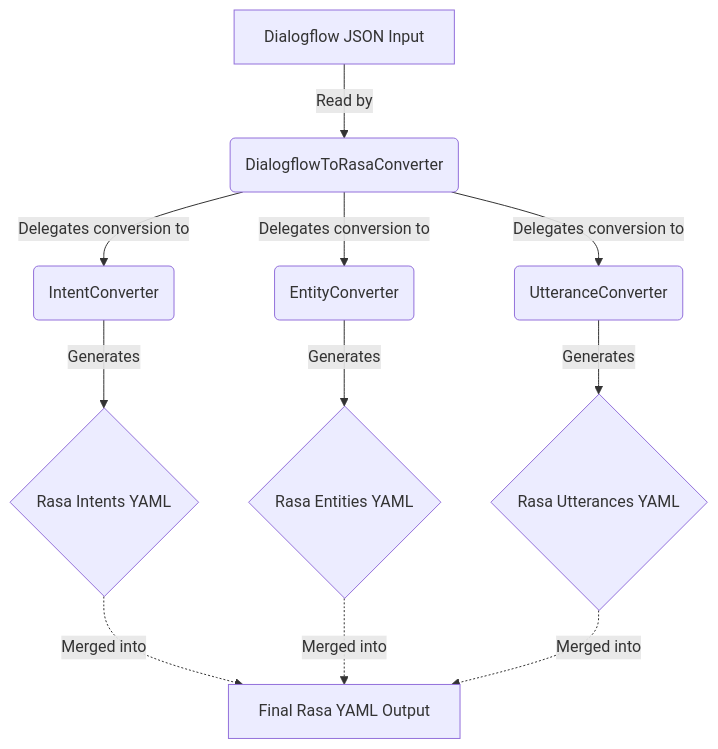
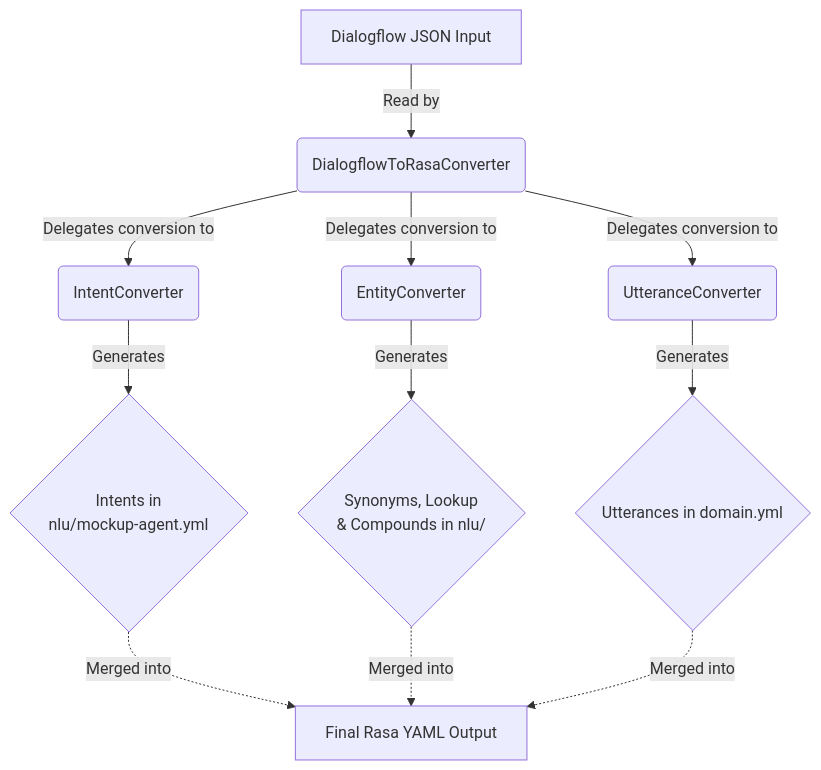
Before and after one commit to murilobellatini/dialog2rasa: the diagram in docs/conversion-process-diagram.md, drawn with Mermaid. The commit also changed 1 other file, not shown here.

Commit message:
Fix documentations

````diff
--- a/docs/conversion-process-diagram.md
+++ b/docs/conversion-process-diagram.md
@@ -5,16 +5,16 @@
 ```mermaid
 graph TD
     A[Dialogflow JSON Input] -->|Read by| B(DialogflowToRasaConverter)
     B --> |Delegates conversion to| C(IntentConverter)
     B --> |Delegates conversion to| D(EntityConverter)
     B --> |Delegates conversion to| E(UtteranceConverter)
     
-    C --> |Generates| F{Rasa Intents YAML}
-    D --> |Generates| G{Rasa Entities YAML}
-    E --> |Generates| H{Rasa Utterances YAML}
+    C --> |Generates| F{Intents in <br>nlu/mockup-agent.yml}
+    D --> |Generates| G{"Synonyms, Lookup<br>& Compounds in nlu/"}
+    E --> |Generates| H{Utterances in domain.yml}
     
     F -.-> |Merged into| I[Final Rasa YAML Output]
     G -.-> |Merged into| I
     H -.-> |Merged into| I
 
 ```
````
